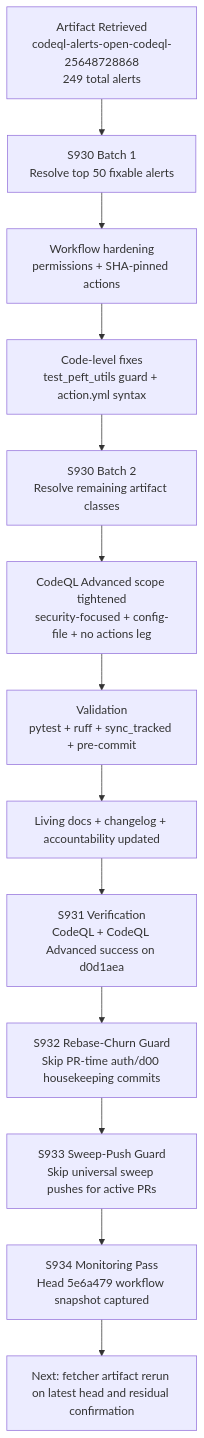
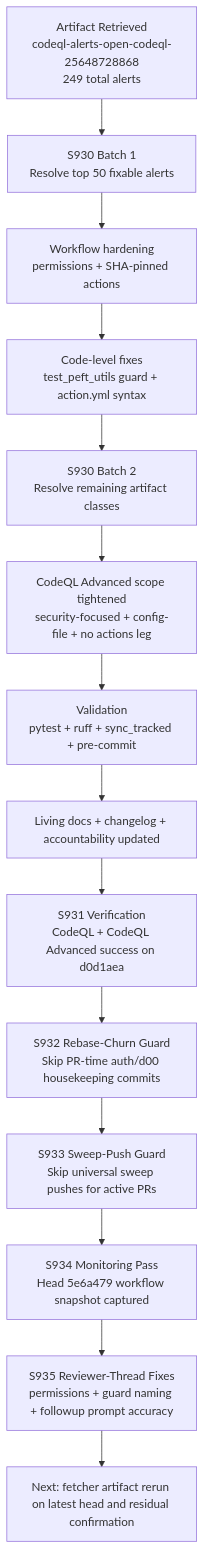
The first of 2 diagrams in docs/sessions/PR4393_session_diagram.md (Aries-Serpent/_codex_), drawn with Mermaid before and after one commit. The commit also changed other lines of this file and 6 other files, not shown here.

````diff
--- a/docs/sessions/PR4393_session_diagram.md
+++ b/docs/sessions/PR4393_session_diagram.md
@@ -3,16 +3,17 @@
 ```mermaid
 graph TD
   A[Artifact Retrieved<br/>codeql-alerts-open-codeql-25648728868<br/>249 total alerts] --> B
   B[S930 Batch 1<br/>Resolve top 50 fixable alerts] --> C
   C[Workflow hardening<br/>permissions + SHA-pinned actions] --> D
   D[Code-level fixes<br/>test_peft_utils guard + action.yml syntax] --> E
   E[S930 Batch 2<br/>Resolve remaining artifact classes] --> F
   F[CodeQL Advanced scope tightened<br/>security-focused + config-file + no actions leg] --> G
   G[Validation<br/>pytest + ruff + sync_tracked + pre-commit] --> H
   H[Living docs + changelog + accountability updated] --> I
   I[S931 Verification<br/>CodeQL + CodeQL Advanced success on d0d1aea] --> J
   J[S932 Rebase-Churn Guard<br/>Skip PR-time auth/d00 housekeeping commits] --> K
   K[S933 Sweep-Push Guard<br/>Skip universal sweep pushes for active PRs] --> L
   L[S934 Monitoring Pass<br/>Head 5e6a479 workflow snapshot captured] --> M
-  M[Next: fetcher artifact rerun on latest head and residual confirmation]
+  M[S935 Reviewer-Thread Fixes<br/>permissions + guard naming + followup prompt accuracy] --> N
+  N[Next: fetcher artifact rerun on latest head and residual confirmation]
 ```
````
